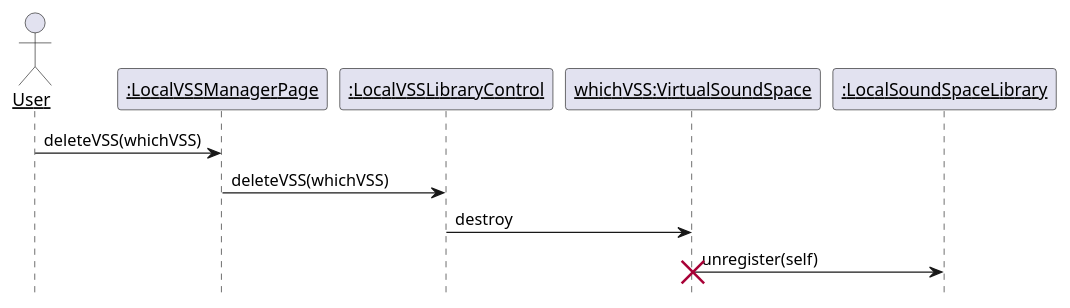
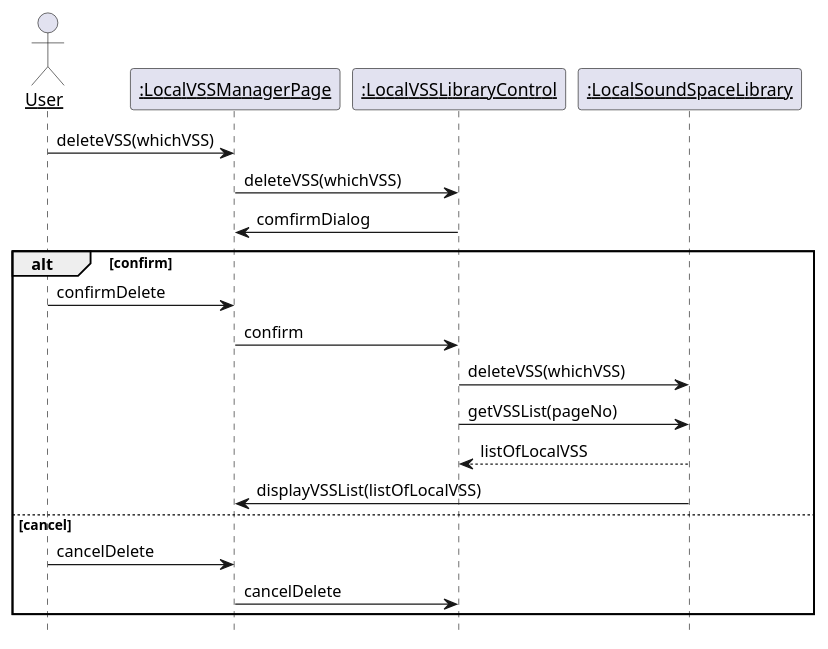
One commit to kpp19920121/doc changed the eighth of 21 diagrams in 需求定义和分析/SeqDiagram.md. Above: the diagram before and after it, drawn with PlantUML. The commit also changed other lines of this file and 22 other files, not shown here.

````diff
--- a/需求定义和分析/SeqDiagram.md
+++ b/需求定义和分析/SeqDiagram.md
@@ -391,20 +447,28 @@
 ```PlantUML
 @startuml DeleteVSS
 hide footbox
 skinparam sequenceParticipant underline
 
 actor User as user
 participant ":LocalVSSManagerPage" as page
 participant ":LocalVSSLibraryControl" as control
-participant "whichVSS:VirtualSoundSpace" as vss
 participant ":LocalSoundSpaceLibrary" as library
 
 user -> page: deleteVSS(whichVSS)
 page -> control: deleteVSS(whichVSS)
+control -> page: comfirmDialog
+alt confirm
+    user -> page: confirmDelete
+    page -> control: confirm
+    control -> library: deleteVSS(whichVSS)
+    control -> library: getVSSList(pageNo)
+    library --> control: listOfLocalVSS
+    library -> page: displayVSSList(listOfLocalVSS)
+else cancel
+    user -> page: cancelDelete
+    page -> control: cancelDelete
+end
 
-control -> vss: destroy
-vss -> library: unregister(self)
-destroy vss
 
 @enduml
 ```
````
